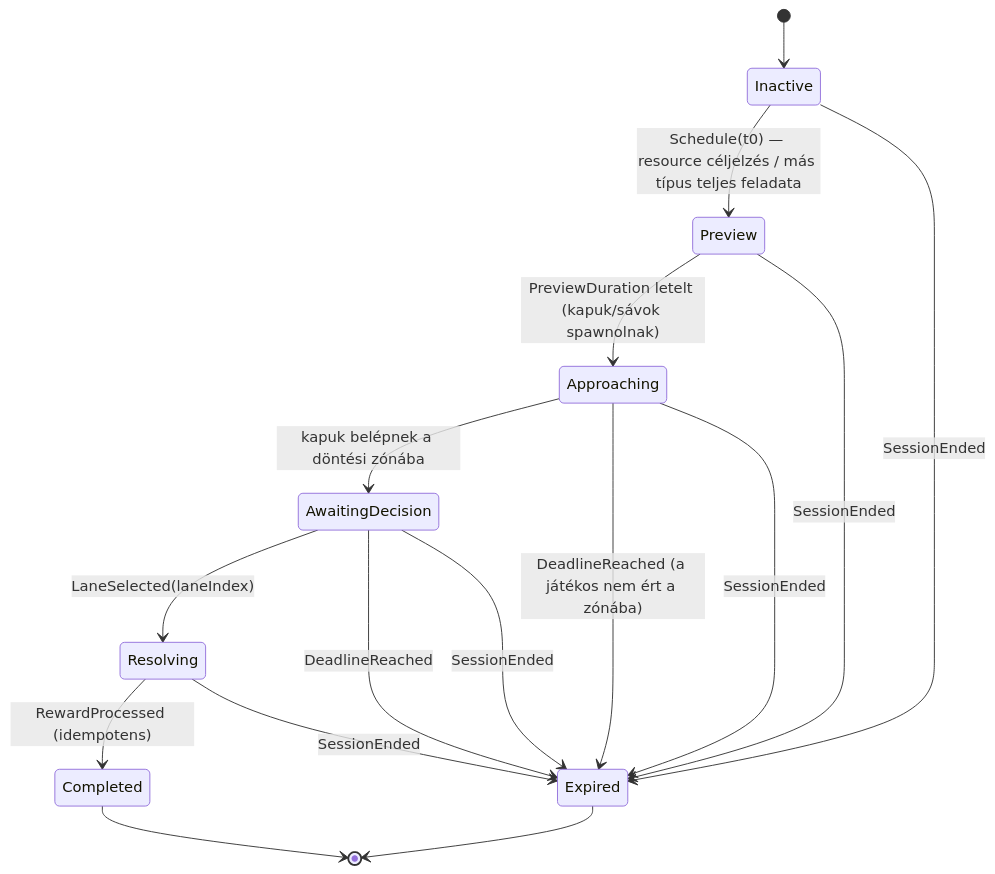
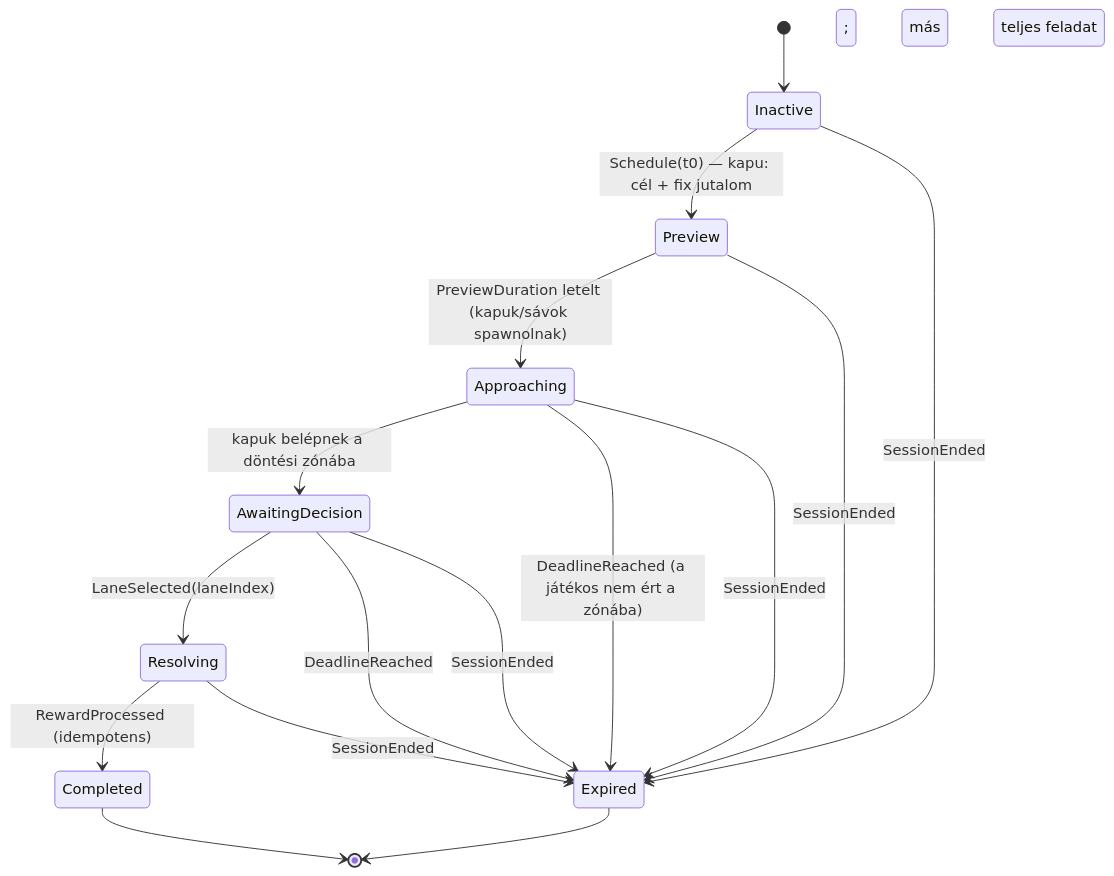
One commit to kmarkodotnet/mathwars changed the third of 5 diagrams in docs/ARCHITECTURE.md. Above: the diagram before and after it, drawn with Mermaid. The commit also changed other lines of this file and 13 other files, not shown here.

````diff
--- a/docs/ARCHITECTURE.md
+++ b/docs/ARCHITECTURE.md
@@ -248,18 +255,18 @@
 ```mermaid
 stateDiagram-v2
     [*] --> Inactive
-    Inactive --> Preview: Schedule(t0) — resource céljelzés / más típus teljes feladata
+    Inactive --> Preview: Schedule(t0) — kapu: cél + fix jutalom; más típus: teljes feladat
     Preview --> Approaching: PreviewDuration letelt (kapuk/sávok spawnolnak)
     Approaching --> AwaitingDecision: kapuk belépnek a döntési zónába
     Approaching --> Expired: DeadlineReached (a játékos nem ért a zónába)
     AwaitingDecision --> Resolving: LaneSelected(laneIndex)
     AwaitingDecision --> Expired: DeadlineReached
     Resolving --> Completed: RewardProcessed (idempotens)
     Completed --> [*]
     Expired --> [*]
     Inactive --> Expired: SessionEnded
     Preview --> Expired: SessionEnded
     Approaching --> Expired: SessionEnded
     AwaitingDecision --> Expired: SessionEnded
     Resolving --> Expired: SessionEnded
 ```
````
